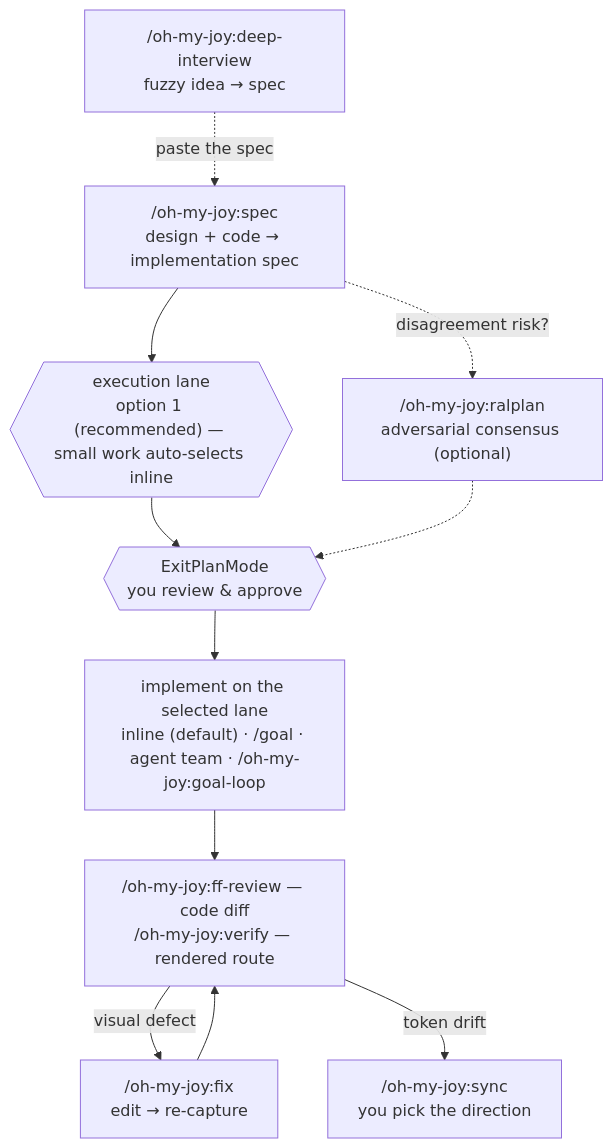
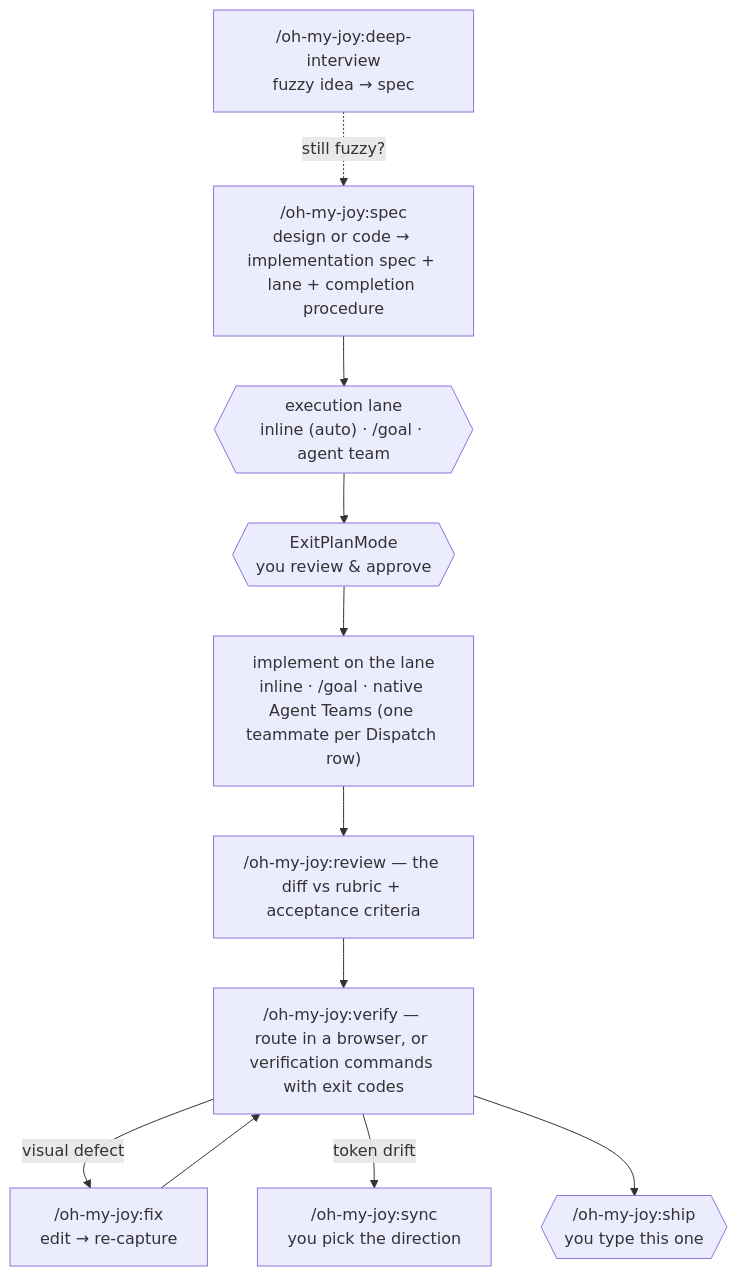
The diagram in README.md (S-jooyoung/oh-my-joy), drawn with Mermaid before and after one commit. The commit also changed other lines of this file and 99 other files, not shown here.

````diff
--- a/README.md
+++ b/README.md
@@ -71,13 +146,13 @@
 ```mermaid
 flowchart TD
-    DI["/oh-my-joy:deep-interview<br/>fuzzy idea → spec"] -.->|"paste the spec"| S
-    S["/oh-my-joy:spec<br/>design + code → implementation spec"] --> L{{"execution lane<br/>option 1 (recommended) — small work auto-selects inline"}}
+    DI["/oh-my-joy:deep-interview<br/>fuzzy idea → spec"] -.->|"still fuzzy?"| S
+    S["/oh-my-joy:spec<br/>design or code → implementation spec + lane + completion procedure"] --> L{{"execution lane<br/>inline (auto) · /goal · agent team"}}
     L --> P{{"ExitPlanMode<br/>you review & approve"}}
-    S -.->|"disagreement risk?"| R["/oh-my-joy:ralplan<br/>adversarial consensus (optional)"]
-    R -.-> P
-    P --> I["implement on the selected lane<br/>inline (default) · /goal · agent team · /oh-my-joy:goal-loop"]
-    I --> V["/oh-my-joy:ff-review — code diff<br/>/oh-my-joy:verify — rendered route"]
+    P --> I["implement on the lane<br/>inline · /goal · native Agent Teams (one teammate per Dispatch row)"]
+    I --> R["/oh-my-joy:review — the diff vs rubric + acceptance criteria"]
+    R --> V["/oh-my-joy:verify — route in a browser, or verification commands with exit codes"]
     V -->|"visual defect"| F["/oh-my-joy:fix<br/>edit → re-capture"]
     F --> V
     V -->|"token drift"| T["/oh-my-joy:sync<br/>you pick the direction"]
+    V --> SH{{"/oh-my-joy:ship<br/>you type this one"}}
 ```
````
